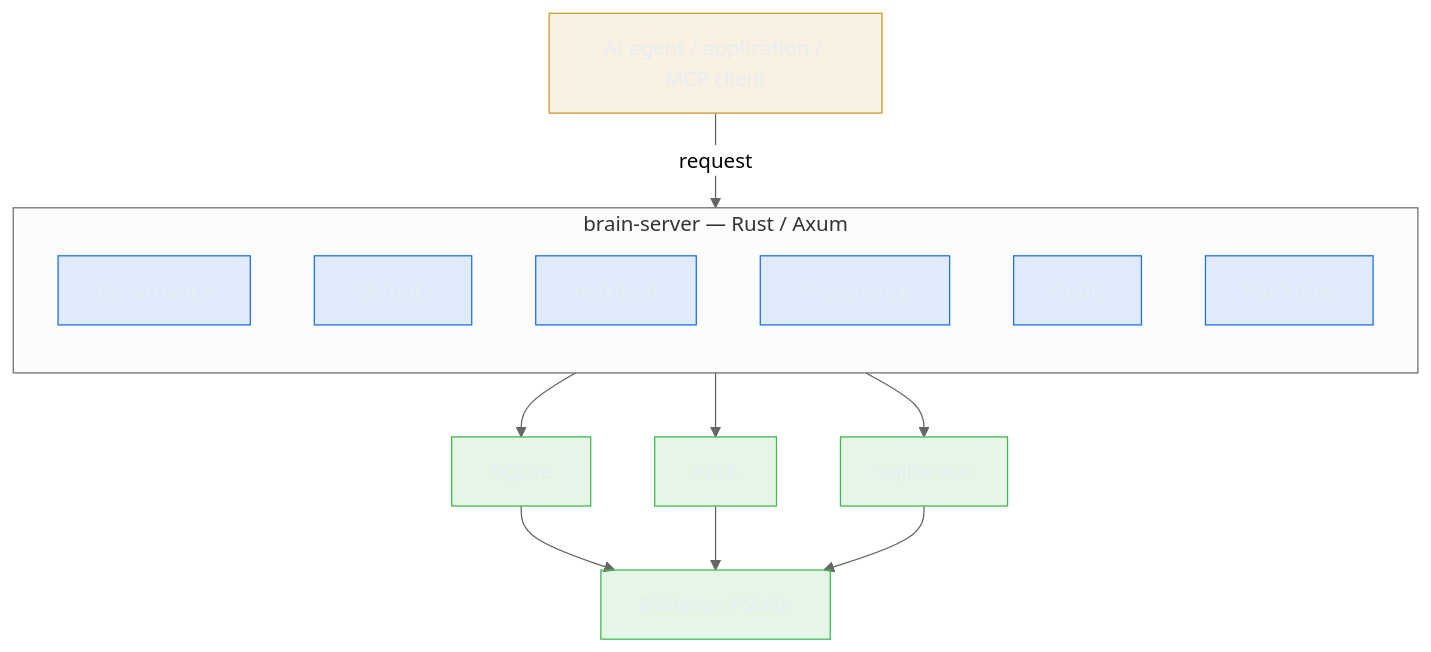
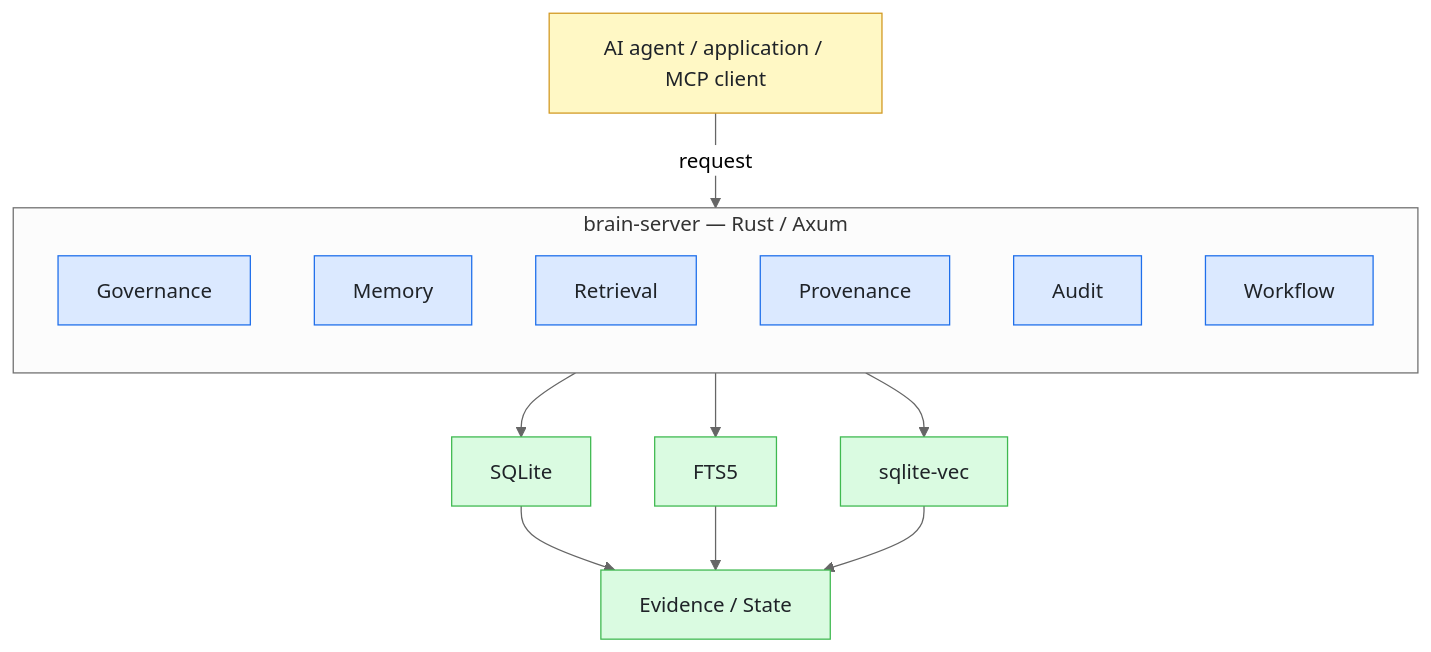
Before and after one commit to markfietje/brain-server: the first of 4 diagrams in README.md, drawn with Mermaid (neutral theme). The commit also changed other lines of this file, not shown here.

Commit message:
docs: fix README mermaid node text — opaque light fills + dark fg for light-mode legibility

````diff
--- a/README.md
+++ b/README.md
@@ -168,30 +168,30 @@
 ```mermaid
 flowchart TD
     Client["AI agent / application / MCP client"]
     Client -->|"request"| BS
 
     subgraph BS["brain-server — Rust / Axum"]
         direction TB
         Gov["Governance"]
         Mem["Memory"]
         Ret["Retrieval"]
         Prov["Provenance"]
         Aud["Audit"]
         Wf["Workflow"]
     end
 
     BS --> SQLite["SQLite"]
     BS --> FTS["FTS5"]
     BS --> Vec["sqlite-vec"]
 
     SQLite --> State["Evidence / State"]
     FTS --> State
     Vec --> State
 
-    classDef plane fill:#1f6feb22,stroke:#1f6feb,color:#e6edf3
-    classDef store fill:#3fb95022,stroke:#3fb950,color:#e6edf3
-    classDef edge fill:#d2992222,stroke:#d29922,color:#e6edf3
+    classDef plane fill:#dbe9ff,stroke:#1f6feb,color:#1f2328
+    classDef store fill:#dafbe1,stroke:#3fb950,color:#1f2328
+    classDef edge fill:#fff8c5,stroke:#d29922,color:#1f2328
     class Client edge
     class Gov,Mem,Ret,Prov,Aud,Wf plane
     class SQLite,FTS,Vec,State store
 ```
````
